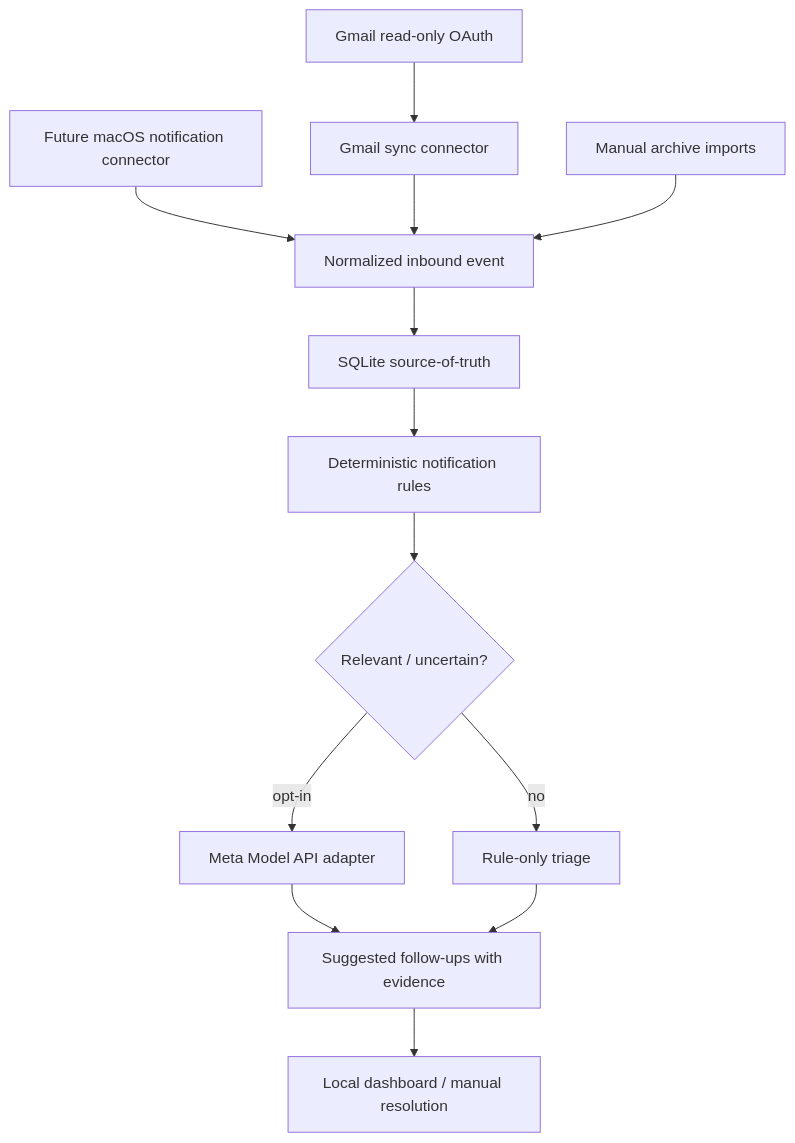
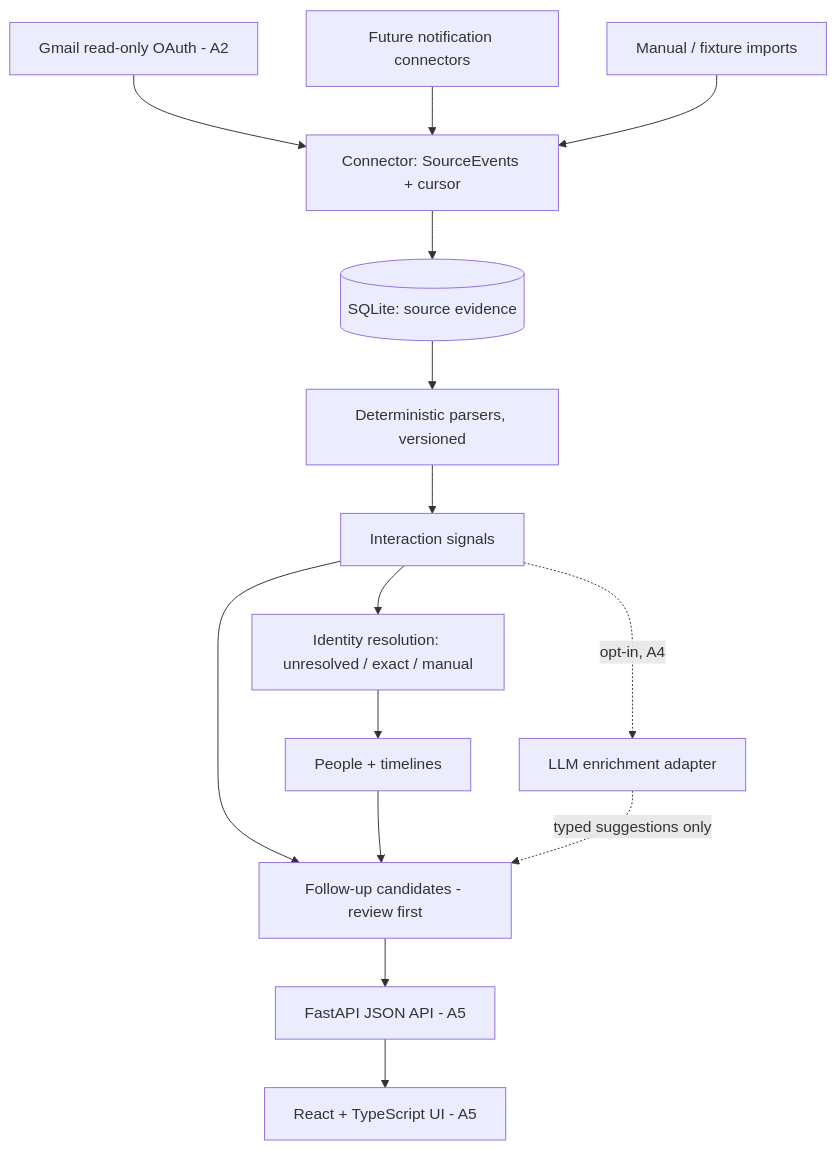
Before and after one commit to qzyu999/notif-mgmt: the diagram in docs/architecture.md, drawn with Mermaid. The commit also changed other lines of this file and 17 other files, not shown here.

````diff
--- a/docs/architecture.md
+++ b/docs/architecture.md
@@ -3,15 +3,17 @@
 ```mermaid
 flowchart TD
-  A[Gmail read-only OAuth] --> B[Gmail sync connector]
-  C[Future macOS notification connector] --> D[Normalized inbound event]
-  B --> D
-  E[Manual archive imports] --> D
-  D --> F[SQLite source-of-truth]
-  F --> G[Deterministic notification rules]
-  G --> H{Relevant / uncertain?}
-  H -- opt-in --> I[Meta Model API adapter]
-  H -- no --> J[Rule-only triage]
-  I --> K[Suggested follow-ups with evidence]
+  A[Gmail read-only OAuth - A2] --> B[Connector: SourceEvents + cursor]
+  C[Future notification connectors] --> B
+  E[Manual / fixture imports] --> B
+  B --> F[(SQLite: source evidence)]
+  F --> G[Deterministic parsers, versioned]
+  G --> H[Interaction signals]
+  H --> I[Identity resolution: unresolved / exact / manual]
+  I --> J[People + timelines]
+  H --> K[Follow-up candidates - review first]
   J --> K
-  K --> L[Local dashboard / manual resolution]
+  K --> L[FastAPI JSON API - A5]
+  L --> M[React + TypeScript UI - A5]
+  H -. opt-in, A4 .-> N[LLM enrichment adapter]
+  N -. typed suggestions only .-> K
 ```
````
